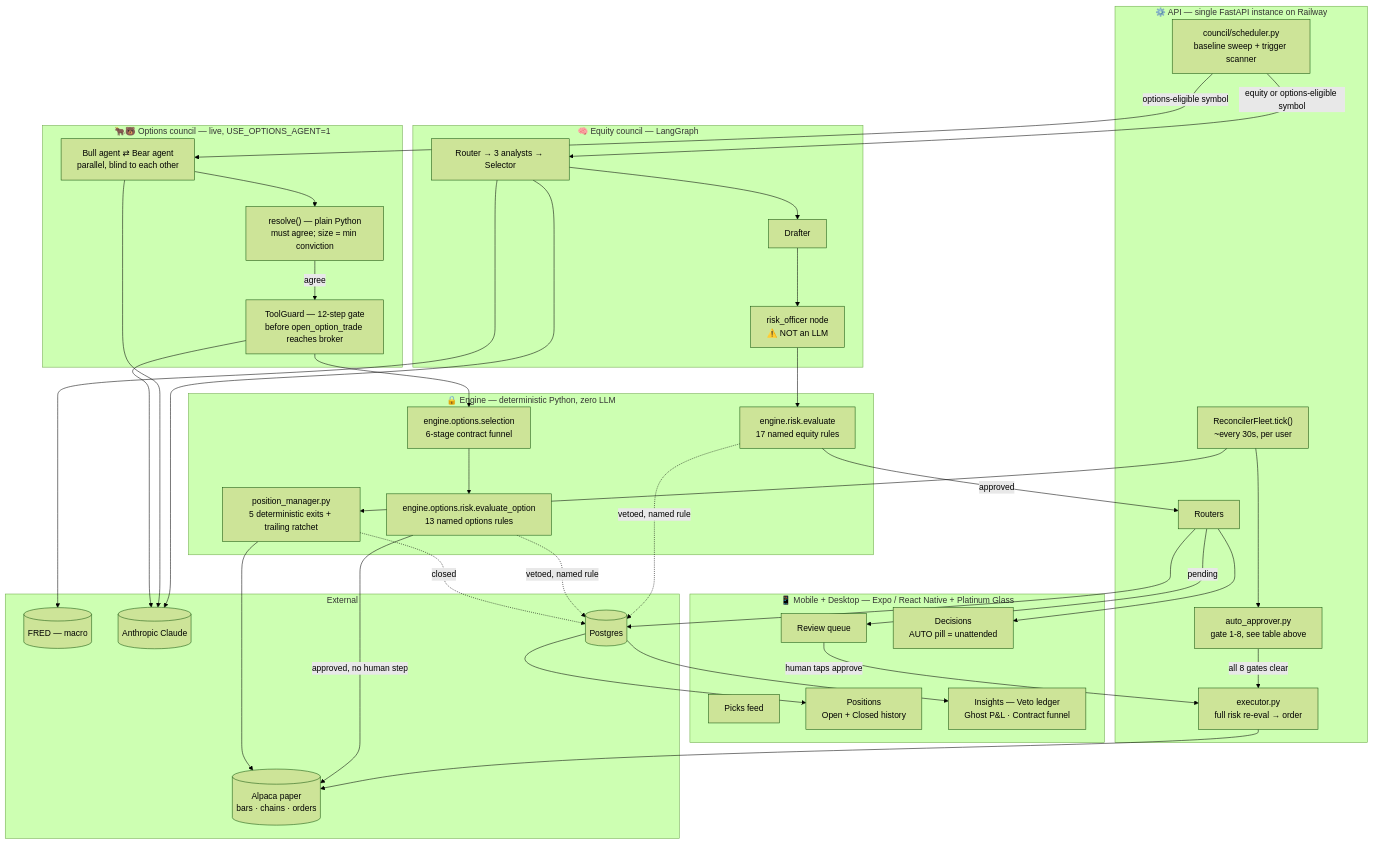
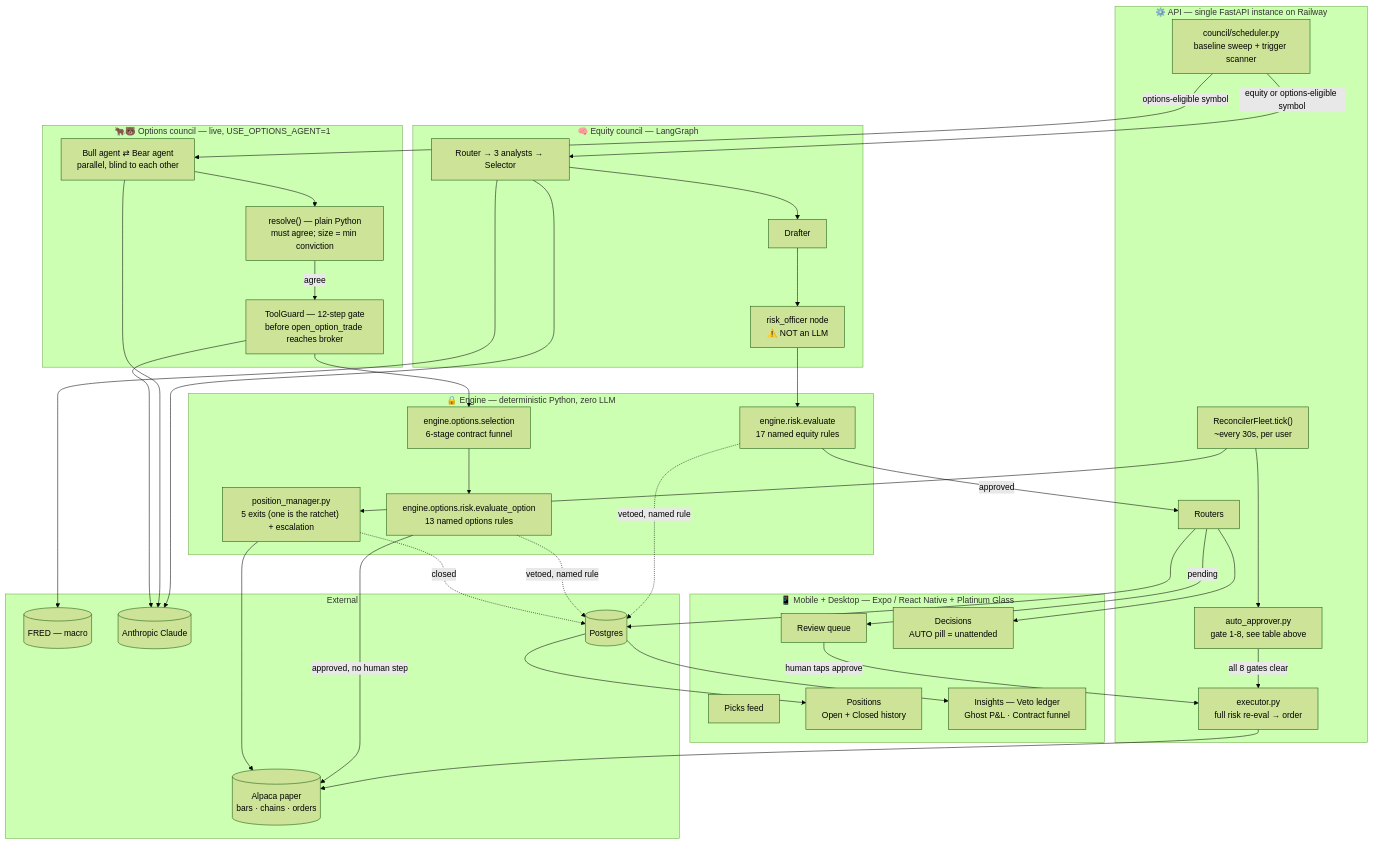
The first of 3 diagrams in docs/README.md (insaneamogh/AutonomousTradeAgents), drawn with Mermaid (forest theme) before and after one commit. The commit also changed other lines of this file and 2 other files, not shown here.

````diff
--- a/docs/README.md
+++ b/docs/README.md
@@ -48,67 +48,67 @@
 ```mermaid
 flowchart TB
     subgraph mobile["📱 Mobile + Desktop — Expo / React Native + Platinum Glass"]
         PICKS[Picks feed]
         REVIEW[Review queue]
         DECISIONS[Decisions<br/>AUTO pill = unattended]
         POSITIONS[Positions<br/>Open + Closed history]
-        AUDIT[Insights — Veto ledger<br/>Ghost P&L · Contract funnel]
+        AUDIT["Insights — Veto ledger<br/>Ghost P&amp;L · Contract funnel"]
     end
 
     subgraph api["⚙️ API — single FastAPI instance on Railway"]
         SCHED[council/scheduler.py<br/>baseline sweep + trigger scanner]
         ROUTES[Routers]
         EXEC[executor.py<br/>full risk re-eval → order]
         FLEET["ReconcilerFleet.tick()<br/>~every 30s, per user"]
         APPROVER[auto_approver.py<br/>gate 1-8, see table above]
     end
 
     subgraph equity_council["🧠 Equity council — LangGraph"]
         ROUTER[Router → 3 analysts → Selector]
         DRAFT[Drafter]
         RISK["risk_officer node<br/>⚠️ NOT an LLM"]
     end
 
     subgraph options_council["🐂🐻 Options council — live, USE_OPTIONS_AGENT=1"]
         BULLBEAR["Bull agent ⇄ Bear agent<br/>parallel, blind to each other"]
         RESOLVE["resolve() — plain Python<br/>must agree; size = min conviction"]
         GUARD["ToolGuard — 12-step gate<br/>before open_option_trade reaches broker"]
     end
 
     subgraph engine["🔒 Engine — deterministic Python, zero LLM"]
         ERULES[engine.risk.evaluate<br/>17 named equity rules]
         ORULES[engine.options.risk.evaluate_option<br/>13 named options rules]
         SELECT[engine.options.selection<br/>6-stage contract funnel]
-        RATCHET[position_manager.py<br/>5 deterministic exits + trailing ratchet]
+        RATCHET["position_manager.py<br/>5 exits (one is the ratchet) + escalation"]
     end
 
     subgraph ext["External"]
         ALPACA[(Alpaca paper<br/>bars · chains · orders)]
         FRED[(FRED — macro)]
         CLAUDE[(Anthropic Claude)]
         PG[(Postgres)]
     end
 
     SCHED -->|equity or options-eligible symbol| ROUTER
     SCHED -->|options-eligible symbol| BULLBEAR
     ROUTER --> DRAFT --> RISK --> ERULES
     ERULES -->|approved| ROUTES -->|pending| REVIEW
     ERULES -.->|vetoed, named rule| PG
     REVIEW -->|human taps approve| EXEC
     FLEET --> APPROVER -->|all 8 gates clear| EXEC
     EXEC --> ALPACA
 
     BULLBEAR --> RESOLVE -->|agree| GUARD
     GUARD --> SELECT --> ORULES
     ORULES -->|approved, no human step| ALPACA
     ORULES -.->|vetoed, named rule| PG
 
     FLEET --> RATCHET --> ALPACA
     RATCHET -.->|closed| PG
 
     ROUTER & BULLBEAR & GUARD --> CLAUDE
     ROUTER --> FRED
     ROUTES --> PG --> AUDIT
     PG --> POSITIONS
     ROUTES --> DECISIONS
 ```
````
